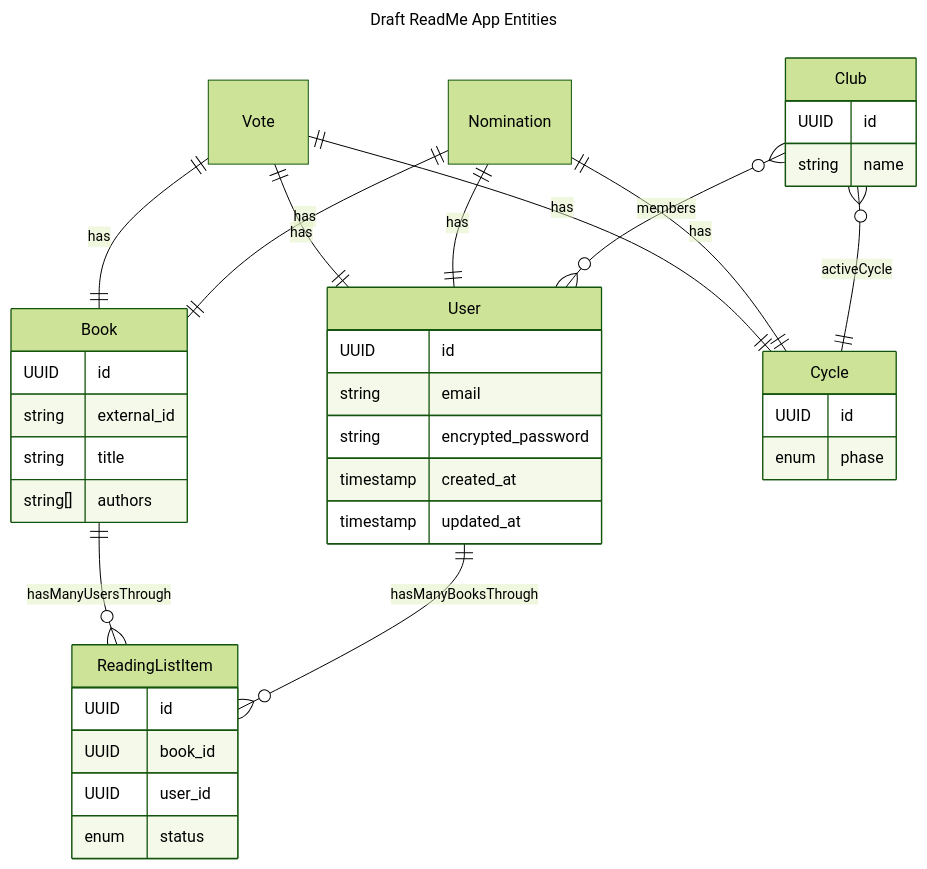
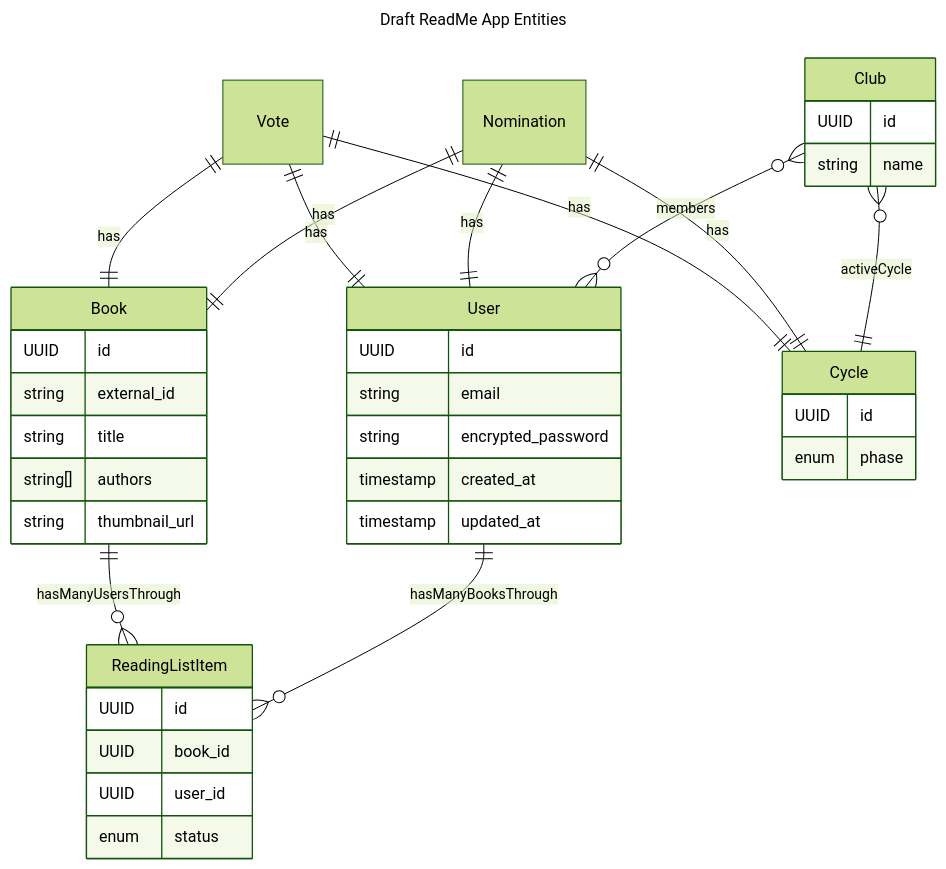
Before and after one commit to stevebutler2210/ReadMe: the diagram in entities.md, drawn with Mermaid (forest theme). The commit also changed 3 other files, not shown here.

````diff
--- a/entities.md
+++ b/entities.md
@@ -1,48 +1,49 @@
 ```mermaid
 ---
 title: Draft ReadMe App Entities
 ---
 erDiagram
   User ||--o{ ReadingListItem : hasManyBooksThrough
   Book ||--o{ ReadingListItem : hasManyUsersThrough
   Club }o--o{ User : members
   Club }o--|| Cycle : activeCycle
   Nomination ||--|| Book : has
   Nomination ||--|| Cycle : has
   Nomination ||--|| User : has
   Vote ||--|| Book : has
   Vote ||--|| Cycle : has
   Vote ||--|| User : has
 
   User {
     UUID id
     string email
     string encrypted_password
     timestamp created_at
     timestamp updated_at
   }
 
   Book {
     UUID id
     string external_id
     string title
     string[] authors
+    string thumbnail_url
   }
 
   Club {
     UUID id
     string name
   }
 
   Cycle {
     UUID id
     enum phase
   }
 
   ReadingListItem {
     UUID id
     UUID book_id
     UUID user_id
     enum status
   }
 ```
````
